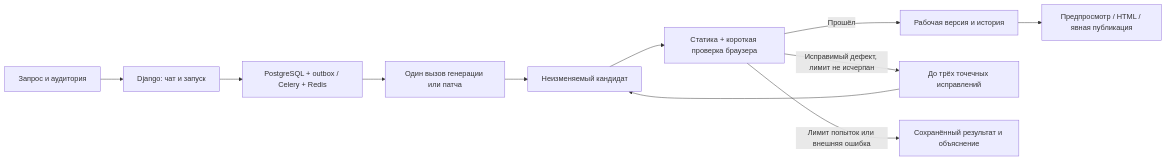
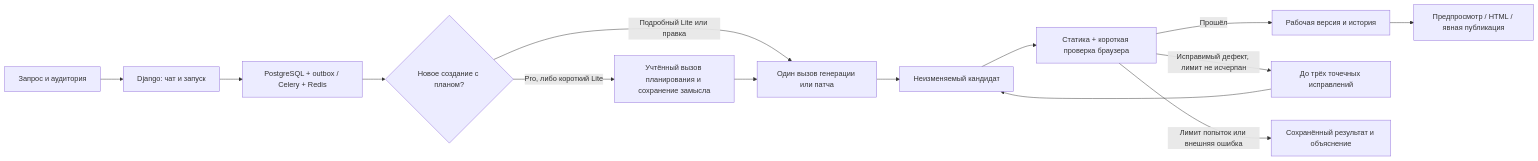
The diagram in docs/architecture.md (HoshiBatista/webgame-agent), drawn with Mermaid before and after one commit. The commit also changed other lines of this file and 34 other files, not shown here.

First line of the commit message:
Add Lite and Pro planning strategies with Pro presentation policy

````diff
--- a/docs/architecture.md
+++ b/docs/architecture.md
@@ -44,13 +44,16 @@
 ```mermaid
 flowchart LR
     U[Запрос и аудитория] --> API[Django: чат и запуск]
     API --> Q[PostgreSQL + outbox / Celery + Redis]
-    Q --> G[Один вызов генерации или патча]
+    Q --> D{Новое создание с планом?}
+    D -->|Pro, либо короткий Lite| B[Учтённый вызов планирования и сохранение замысла]
+    D -->|Подробный Lite или правка| G[Один вызов генерации или патча]
+    B --> G
     G --> C[Неизменяемый кандидат]
     C --> V[Статика + короткая проверка браузера]
     V -->|Прошёл| R[Рабочая версия и история]
     V -->|Исправимый дефект, лимит не исчерпан| F[До трёх точечных исправлений]
     F --> C
     V -->|Лимит попыток или внешняя ошибка| E[Сохранённый результат и объяснение]
     R --> P[Предпросмотр / HTML / явная публикация]
 ```
````
